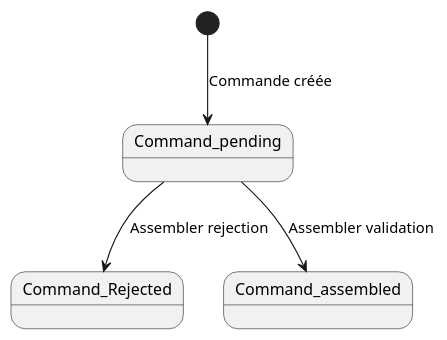
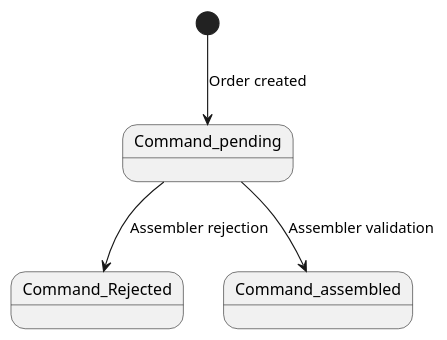
One commit to Yorkchk/PC_sur_mesure_Mobile_app changed the second of 15 diagrams in README.md. Above: the diagram before and after it, drawn with PlantUML. The commit also changed other lines of this file, not shown here.

````diff
--- a/README.md
+++ b/README.md
@@ -109,12 +98,9 @@
+```plantuml
 @startuml
-[*] --> Command_pending : Commande créée
+[*] --> Command_pending : Order created
 
-Command_pending -->  Command_Rejected : Assembler rejection
-
-
+Command_pending --> Command_Rejected : Assembler rejection
 
 Command_pending --> Command_assembled : Assembler validation
-
-
-
 @enduml
+```
````
